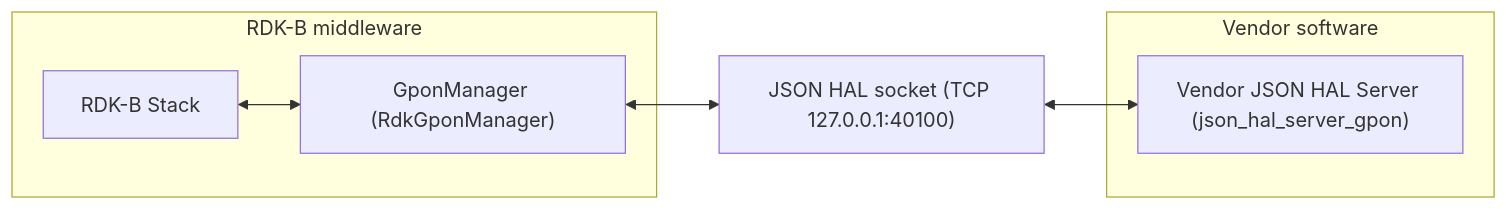
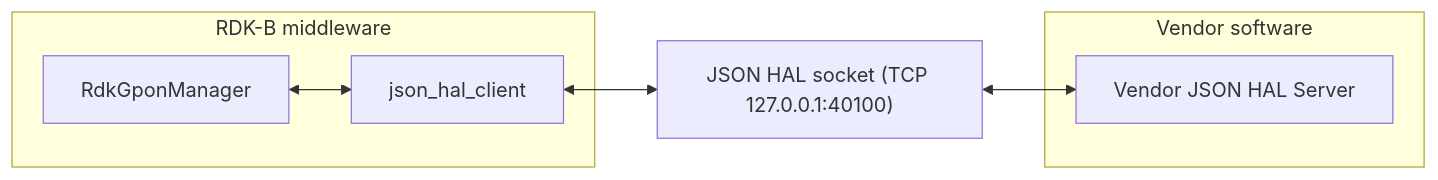
One commit to Blitzy-Sky/gpon-manager changed the diagram in README.md. Above: the diagram before and after it, drawn with Mermaid. The commit also changed other lines of this file and 2 other files, not shown here.

````diff
--- a/README.md
+++ b/README.md
@@ -42,14 +42,14 @@
 ```mermaid
 graph LR
     subgraph "RDK-B middleware"
-        RDKBStack["RDK-B Stack"]
-        GponManager["GponManager (RdkGponManager)"]
+        RdkGponManager["RdkGponManager"]
+        JsonHalClient["json_hal_client"]
     end
     JSONHALSocket["JSON HAL socket (TCP 127.0.0.1:40100)"]
     subgraph "Vendor software"
-        VendorServer["Vendor JSON HAL Server (json_hal_server_gpon)"]
+        VendorServer["Vendor JSON HAL Server"]
     end
-    RDKBStack <--> GponManager
-    GponManager <--> JSONHALSocket
+    RdkGponManager <--> JsonHalClient
+    JsonHalClient <--> JSONHALSocket
     JSONHALSocket <--> VendorServer
 ```
````
